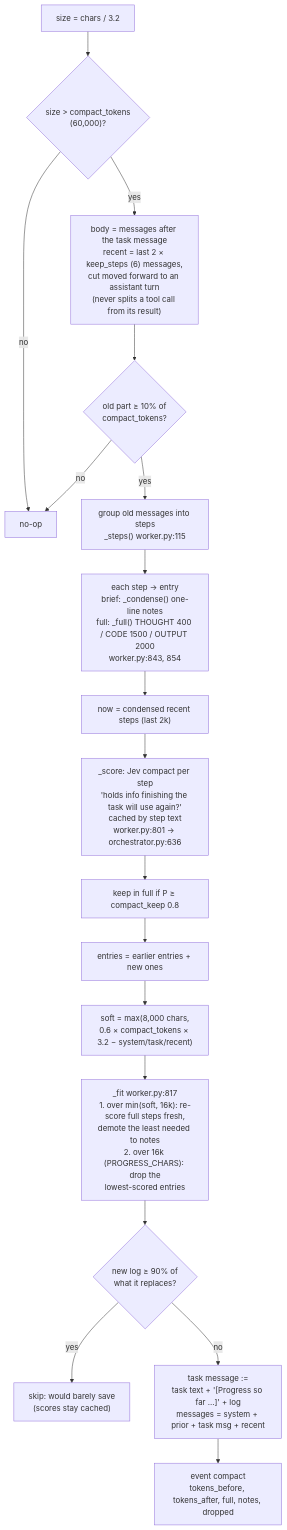
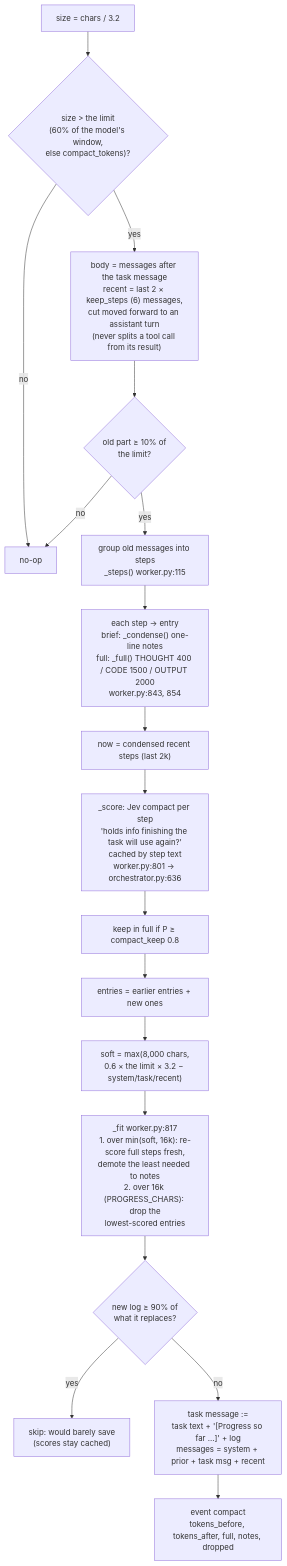
The first of 3 diagrams in docs/architecture/05-stamina.md (slumpsod/jev-harness), drawn with Mermaid before and after one commit. The commit also changed other lines of this file and 28 other files, not shown here.

````diff
--- a/docs/architecture/05-stamina.md
+++ b/docs/architecture/05-stamina.md
@@ -12,20 +14,20 @@
 ```mermaid
 flowchart TD
-  A["size = chars / 3.2"] --> B{"size > compact_tokens<br/>(60,000)?"}
+  A["size = chars / 3.2"] --> B{"size > the limit<br/>(60% of the model's window,<br/>else compact_tokens)?"}
   B -- no --> X["no-op"]
   B -- yes --> C["body = messages after the task message<br/>recent = last 2 × keep_steps (6) messages,<br/>cut moved forward to an assistant turn<br/>(never splits a tool call from its result)"]
-  C --> D{"old part ≥ 10% of<br/>compact_tokens?"}
+  C --> D{"old part ≥ 10% of<br/>the limit?"}
   D -- no --> X
   D -- yes --> E["group old messages into steps<br/>_steps() worker.py:115"]
   E --> F["each step → entry<br/>brief: _condense() one-line notes<br/>full: _full() THOUGHT 400 / CODE 1500 / OUTPUT 2000<br/>worker.py:843, 854"]
   F --> G["now = condensed recent steps (last 2k)"]
   G --> H["_score: Jev compact per step<br/>'holds info finishing the task will use again?'<br/>cached by step text<br/>worker.py:801 → orchestrator.py:636"]
   H --> I["keep in full if P ≥ compact_keep 0.8"]
   I --> J["entries = earlier entries + new ones"]
-  J --> K["soft = max(8,000 chars,<br/>0.6 × compact_tokens × 3.2 − system/task/recent)"]
+  J --> K["soft = max(8,000 chars,<br/>0.6 × the limit × 3.2 − system/task/recent)"]
   K --> L["_fit worker.py:817<br/>1. over min(soft, 16k): re-score full steps fresh,<br/>demote the least needed to notes<br/>2. over 16k (PROGRESS_CHARS): drop the<br/>lowest-scored entries"]
   L --> M{"new log ≥ 90% of<br/>what it replaces?"}
   M -- yes --> X2["skip: would barely save<br/>(scores stay cached)"]
   M -- no --> N["task message :=<br/>task text + '[Progress so far …]' + log<br/>messages = system + prior + task msg + recent"]
   N --> O["event compact<br/>tokens_before, tokens_after, full, notes, dropped"]
 ```
````
